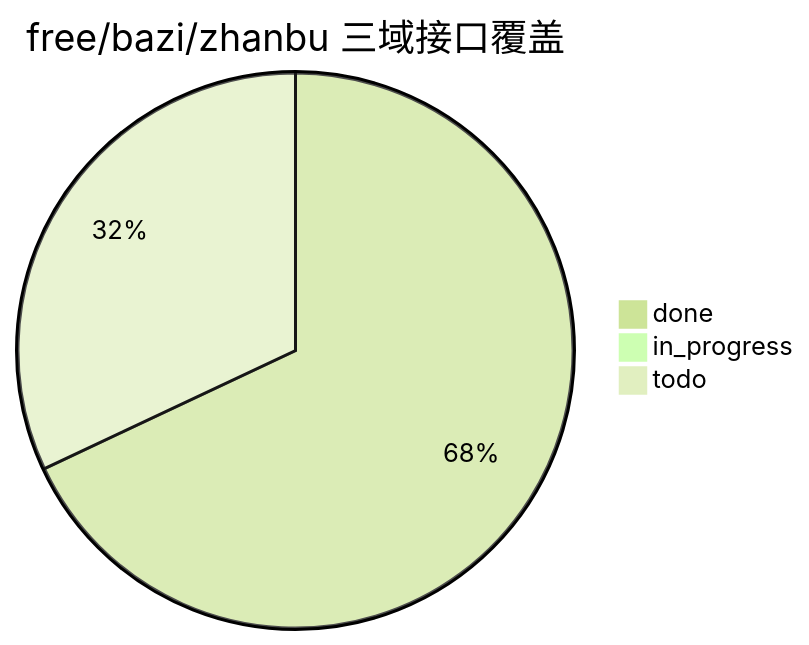
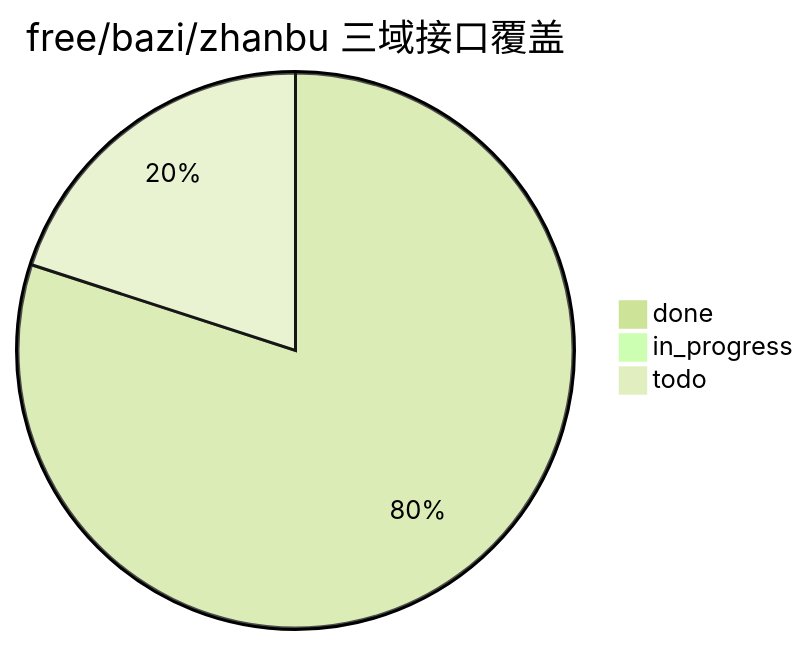
Before and after one commit to Scorpio69t/yuanfenju-go-sdk: the diagram in docs/interface-catalog.md, drawn with Mermaid (forest theme). The commit also changed other lines of this file and 4 other files, not shown here.

````diff
--- a/docs/interface-catalog.md
+++ b/docs/interface-catalog.md
@@ -15,6 +15,6 @@
 ```mermaid
 pie title free/bazi/zhanbu 三域接口覆盖
-    "done" : 17
+    "done" : 20
     "in_progress" : 0
-    "todo" : 8
+    "todo" : 5
 ```
````
